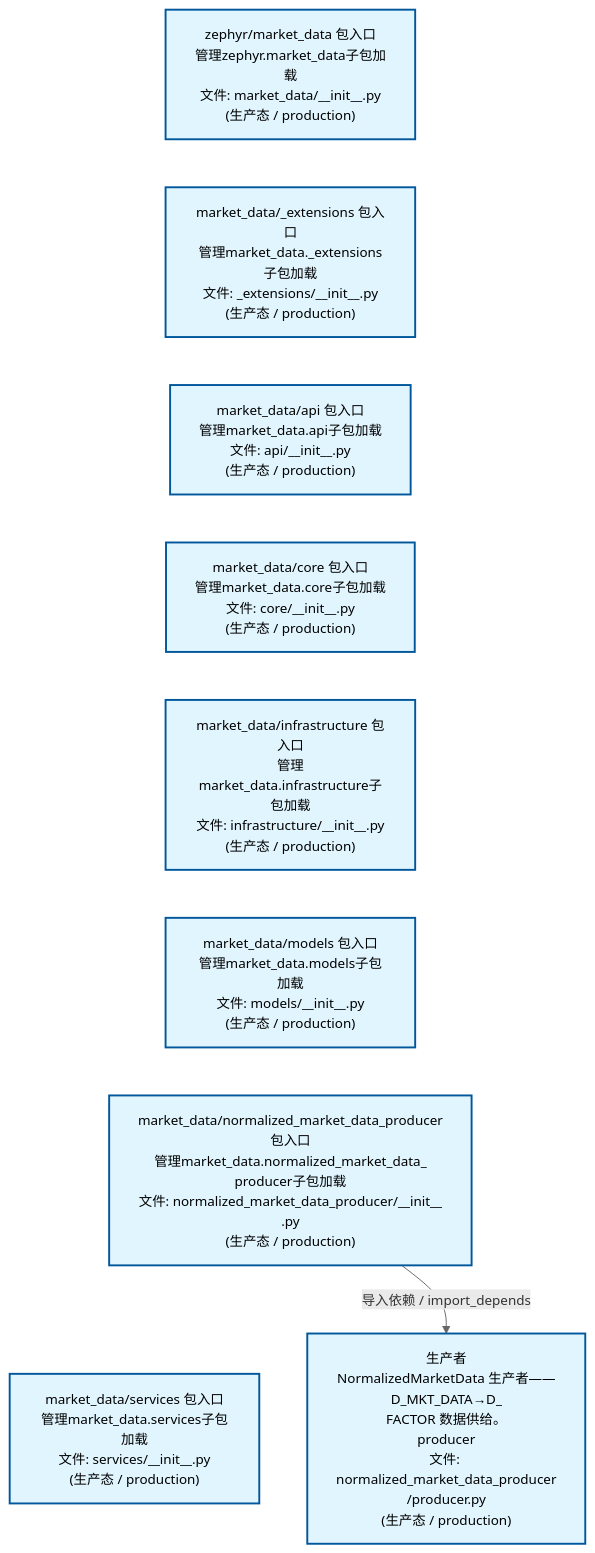
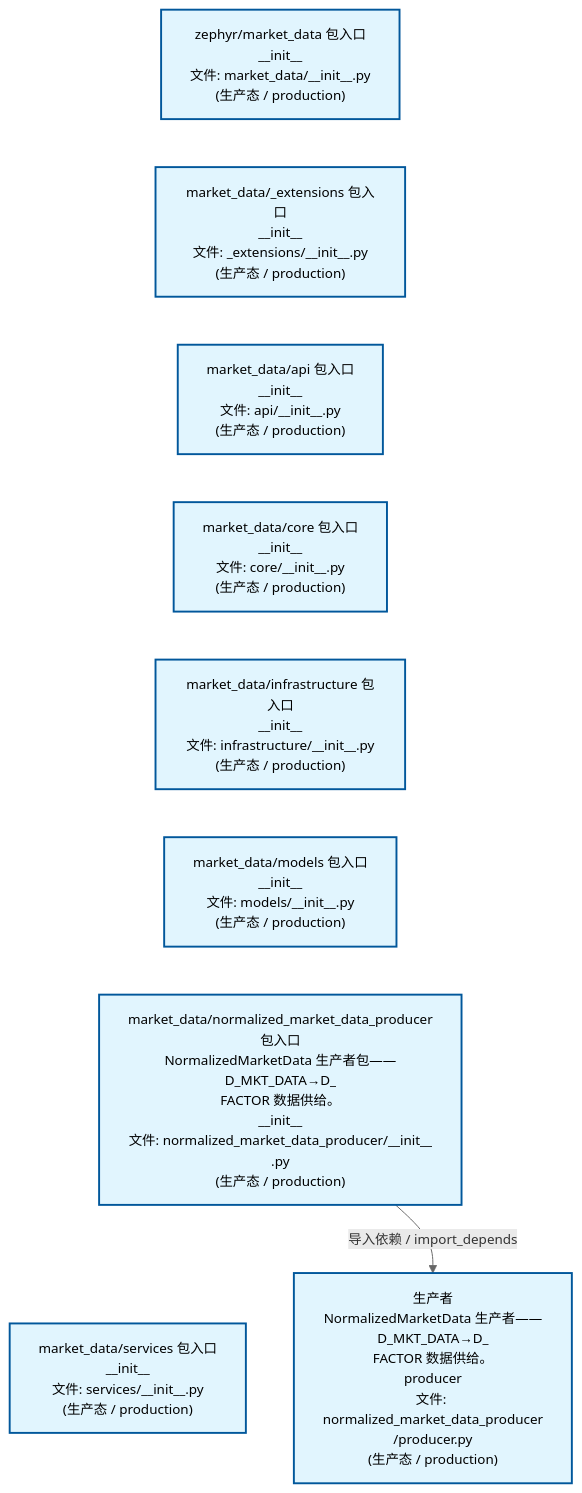
One commit to xuanFelixVan/ZephyrAlpha changed the second of 4 diagrams in docs/02_enterprise_architecture/02_domain_architecture_docs/23_d_mkt_data.md. Above: the diagram before and after it, drawn with Mermaid. The commit also changed other lines of this file and 56 other files, not shown here.

````diff
--- a/docs/02_enterprise_architecture/02_domain_architecture_docs/23_d_mkt_data.md
+++ b/docs/02_enterprise_architecture/02_domain_architecture_docs/23_d_mkt_data.md
@@ -112,26 +112,26 @@
 ```mermaid
 %%{init: {'theme': 'base', 'themeVariables': {'primaryColor': '#eaeaea', 'primaryTextColor': '#333333', 'primaryBorderColor': '#666666', 'lineColor': '#666666', 'secondaryColor': '#eaeaea', 'tertiaryColor': '#eaeaea', 'fontSize': '14px'}}}%%
 flowchart TD
-    src_zephyr_market_data_init_py["zephyr/market_data 包入口<br/>管理zephyr.market_data子包加载<br/>文件: market_data/__init__.py<br/>(生产态 / production)"]
-    src_zephyr_market_data_extensions_init_py["market_data/_extensions 包入口<br/>管理market_data._extensions子包加载<br/>文件: _extensions/__init__.py<br/>(生产态 / production)"]
-    src_zephyr_market_data_api_init_py["market_data/api 包入口<br/>管理market_data.api子包加载<br/>文件: api/__init__.py<br/>(生产态 / production)"]
-    src_zephyr_market_data_core_init_py["market_data/core 包入口<br/>管理market_data.core子包加载<br/>文件: core/__init__.py<br/>(生产态 / production)"]
-    src_zephyr_market_data_infrastructure_init_py["market_data/infrastructure 包入口<br/>管理market_data.infrastructure子包加载<br/>文件: infrastructure/__init__.py<br/>(生产态 / production)"]
-    src_zephyr_market_data_models_init_py["market_data/models 包入口<br/>管理market_data.models子包加载<br/>文件: models/__init__.py<br/>(生产态 / production)"]
-    src_zephyr_market_data_normalized_market_data_producer_init_py["market_data/normalized_market_data_producer<br/>包入口<br/>管理market_data.normalized_market_data_<br/>producer子包加载<br/>文件: normalized_market_data_producer/__init__<br/>.py<br/>(生产态 / production)"]
-    src_zephyr_market_data_services_init_py["market_data/services 包入口<br/>管理market_data.services子包加载<br/>文件: services/__init__.py<br/>(生产态 / production)"]
+    src_zephyr_market_data_init_py["zephyr/market_data 包入口<br/>__init__<br/>文件: market_data/__init__.py<br/>(生产态 / production)"]
+    src_zephyr_market_data_extensions_init_py["market_data/_extensions 包入口<br/>__init__<br/>文件: _extensions/__init__.py<br/>(生产态 / production)"]
+    src_zephyr_market_data_api_init_py["market_data/api 包入口<br/>__init__<br/>文件: api/__init__.py<br/>(生产态 / production)"]
+    src_zephyr_market_data_core_init_py["market_data/core 包入口<br/>__init__<br/>文件: core/__init__.py<br/>(生产态 / production)"]
+    src_zephyr_market_data_infrastructure_init_py["market_data/infrastructure 包入口<br/>__init__<br/>文件: infrastructure/__init__.py<br/>(生产态 / production)"]
+    src_zephyr_market_data_models_init_py["market_data/models 包入口<br/>__init__<br/>文件: models/__init__.py<br/>(生产态 / production)"]
+    src_zephyr_market_data_normalized_market_data_producer_init_py["market_data/normalized_market_data_producer<br/>包入口<br/>NormalizedMarketData 生产者包——D_MKT_DATA→D_<br/>FACTOR 数据供给。<br/>__init__<br/>文件: normalized_market_data_producer/__init__<br/>.py<br/>(生产态 / production)"]
+    src_zephyr_market_data_services_init_py["market_data/services 包入口<br/>__init__<br/>文件: services/__init__.py<br/>(生产态 / production)"]
     src_zephyr_market_data_init_py ~~~ src_zephyr_market_data_extensions_init_py
     src_zephyr_market_data_extensions_init_py ~~~ src_zephyr_market_data_api_init_py
     src_zephyr_market_data_api_init_py ~~~ src_zephyr_market_data_core_init_py
     src_zephyr_market_data_core_init_py ~~~ src_zephyr_market_data_infrastructure_init_py
     src_zephyr_market_data_infrastructure_init_py ~~~ src_zephyr_market_data_models_init_py
     src_zephyr_market_data_models_init_py ~~~ src_zephyr_market_data_normalized_market_data_producer_init_py
     src_zephyr_market_data_normalized_market_data_producer_init_py ~~~ src_zephyr_market_data_services_init_py
     src_zephyr_market_data_normalized_market_data_producer_producer_py["生产者<br/>NormalizedMarketData 生产者——D_MKT_DATA→D_<br/>FACTOR 数据供给。<br/>producer<br/>文件: normalized_market_data_producer<br/>/producer.py<br/>(生产态 / production)"]
     src_zephyr_market_data_normalized_market_data_producer_init_py -->|导入依赖 / import_depends| src_zephyr_market_data_normalized_market_data_producer_producer_py
     classDef production fill:#e1f5fe,stroke:#01579b,stroke-width:2px,color:#000
     classDef design fill:#fff3e0,stroke:#e65100,stroke-width:2px,color:#000,stroke-dasharray: 5 5
     classDef external_prod fill:#e8f4fd,stroke:#0277bd,stroke-width:1px,color:#000
     classDef external_design fill:#fff8e7,stroke:#ef6c00,stroke-width:1px,color:#000,stroke-dasharray: 5 5
     class src_zephyr_market_data_init_py,src_zephyr_market_data_extensions_init_py,src_zephyr_market_data_api_init_py,src_zephyr_market_data_core_init_py,src_zephyr_market_data_infrastructure_init_py,src_zephyr_market_data_models_init_py,src_zephyr_market_data_normalized_market_data_producer_init_py,src_zephyr_market_data_normalized_market_data_producer_producer_py,src_zephyr_market_data_services_init_py production
 ```
````
